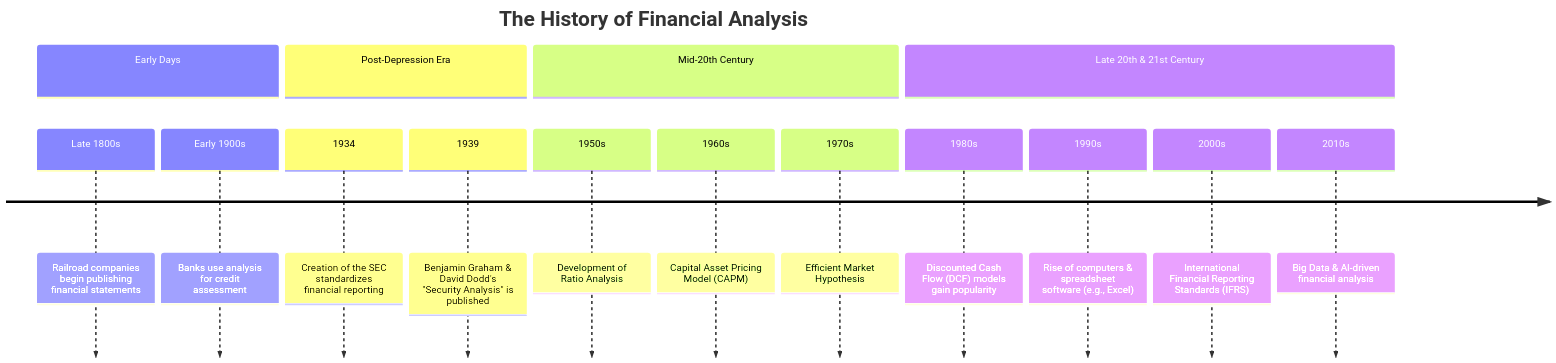
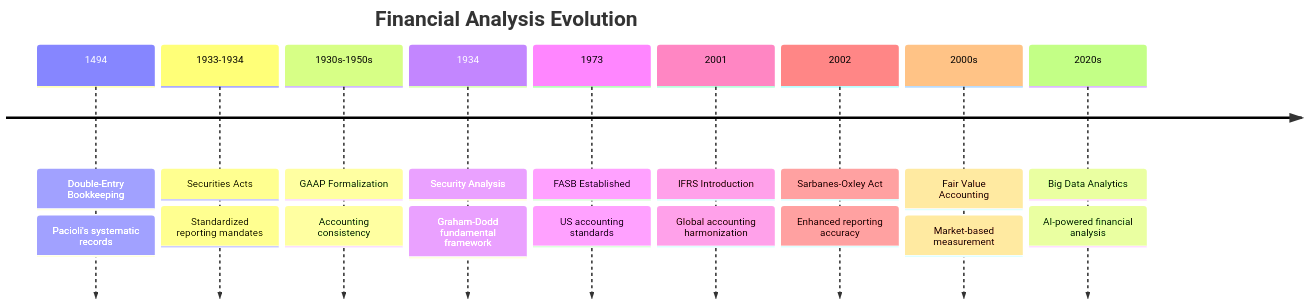
Before and after one commit to elidepb/mermaid_corpus: the diagram in timeline/Business and Administration/markdowns/273_financial_analysis.md, drawn with Mermaid. The commit also changed 3129 other files, not shown here.

````diff
--- a/timeline/Business and Administration/markdowns/273_financial_analysis.md
+++ b/timeline/Business and Administration/markdowns/273_financial_analysis.md
@@ -1,19 +1,22 @@
 ```mermaid
 timeline
-    title The History of Financial Analysis
-    section Early Days
-        Late 1800s : Railroad companies begin publishing financial statements
-        Early 1900s : Banks use analysis for credit assessment
-    section Post-Depression Era
-        1934 : Creation of the SEC standardizes financial reporting
-        1939 : Benjamin Graham & David Dodd's "Security Analysis" is published
-    section Mid-20th Century
-        1950s : Development of Ratio Analysis
-        1960s : Capital Asset Pricing Model (CAPM)
-        1970s : Efficient Market Hypothesis
-    section Late 20th & 21st Century
-        1980s : Discounted Cash Flow (DCF) models gain popularity
-        1990s : Rise of computers & spreadsheet software (e.g., Excel)
-        2000s : International Financial Reporting Standards (IFRS)
-        2010s : Big Data & AI-driven financial analysis
+    title Financial Analysis Evolution
+    1494 : Double-Entry Bookkeeping
+         : Pacioli's systematic records
+    1933-1934 : Securities Acts
+              : Standardized reporting mandates
+    1930s-1950s : GAAP Formalization
+                : Accounting consistency
+    1934 : Security Analysis
+         : Graham-Dodd fundamental framework
+    1973 : FASB Established
+         : US accounting standards
+    2001 : IFRS Introduction
+         : Global accounting harmonization
+    2002 : Sarbanes-Oxley Act
+         : Enhanced reporting accuracy
+    2000s : Fair Value Accounting
+          : Market-based measurement
+    2020s : Big Data Analytics
+          : AI-powered financial analysis
 ```
````
